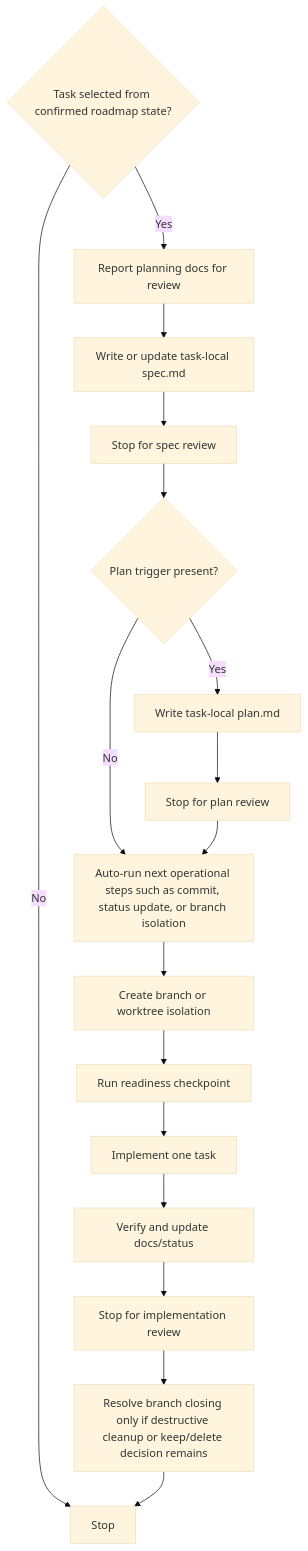
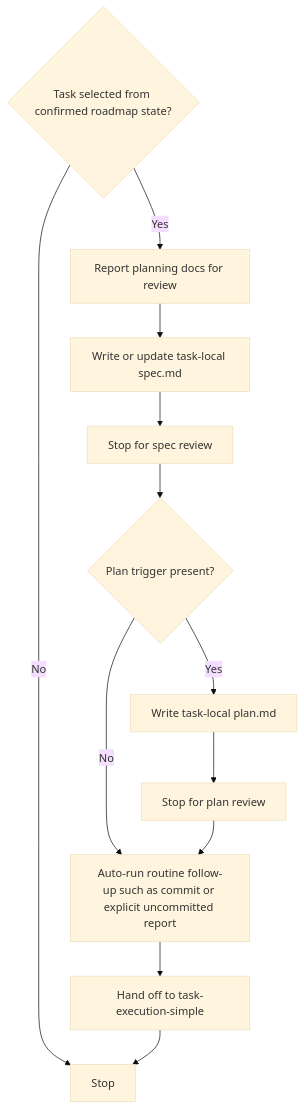
Before and after one commit to Adol1111/doc-driven-spec-workflow: the sixth of 7 diagrams in WORKFLOW-STRUCTURE.md, drawn with Mermaid (base theme). The commit also changed other lines of this file and 41 other files, not shown here.

Commit message:
refactor(workflow): split task preparation from execution

````diff
--- a/WORKFLOW-STRUCTURE.md
+++ b/WORKFLOW-STRUCTURE.md
@@ -207,35 +220,25 @@
 ```mermaid
 flowchart TD
     Selected{Task selected from confirmed roadmap state?}
     PlanningReview[Report planning docs for review]
     Spec[Write or update task-local spec.md]
     SpecReview[Stop for spec review]
     NeedsPlan{Plan trigger present?}
     Plan[Write task-local plan.md]
     PlanReview[Stop for plan review]
-    AutoOps[Auto-run next operational steps such as commit, status update, or branch isolation]
-    Isolation[Create branch or worktree isolation]
-    Readiness[Run readiness checkpoint]
-    Code[Implement one task]
-    Verify[Verify and update docs/status]
-    WrapReview[Stop for implementation review]
-    Closing[Resolve branch closing only if destructive cleanup or keep/delete decision remains]
+    AutoOps[Auto-run routine follow-up such as commit or explicit uncommitted report]
+    Handoff[Hand off to task-execution-simple]
     Stop[Stop]
 
     Selected -- No --> Stop
     Selected -- Yes --> PlanningReview
     PlanningReview --> Spec
     Spec --> SpecReview
     SpecReview --> NeedsPlan
     NeedsPlan -- Yes --> Plan
     NeedsPlan -- No --> AutoOps
     Plan --> PlanReview
     PlanReview --> AutoOps
-    AutoOps --> Isolation
-    Isolation --> Readiness
-    Readiness --> Code
-    Code --> Verify
-    Verify --> WrapReview
-    WrapReview --> Closing
-    Closing --> Stop
+    AutoOps --> Handoff
+    Handoff --> Stop
 ```
````
